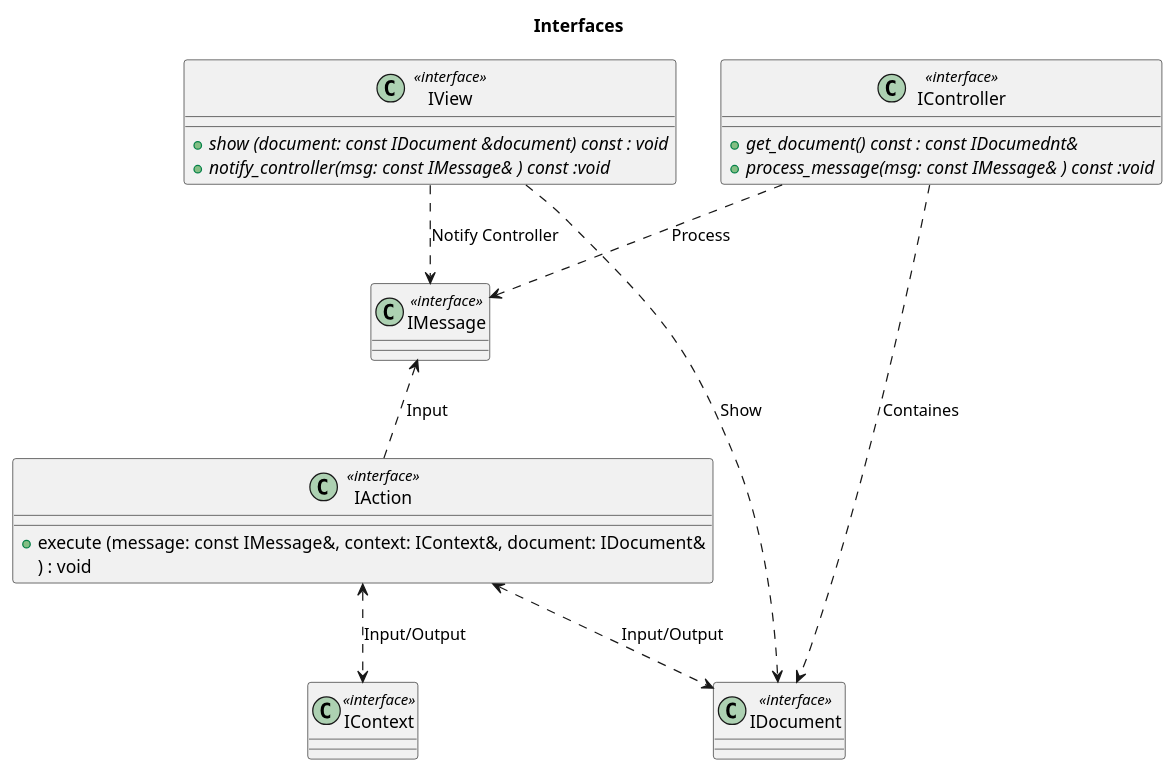
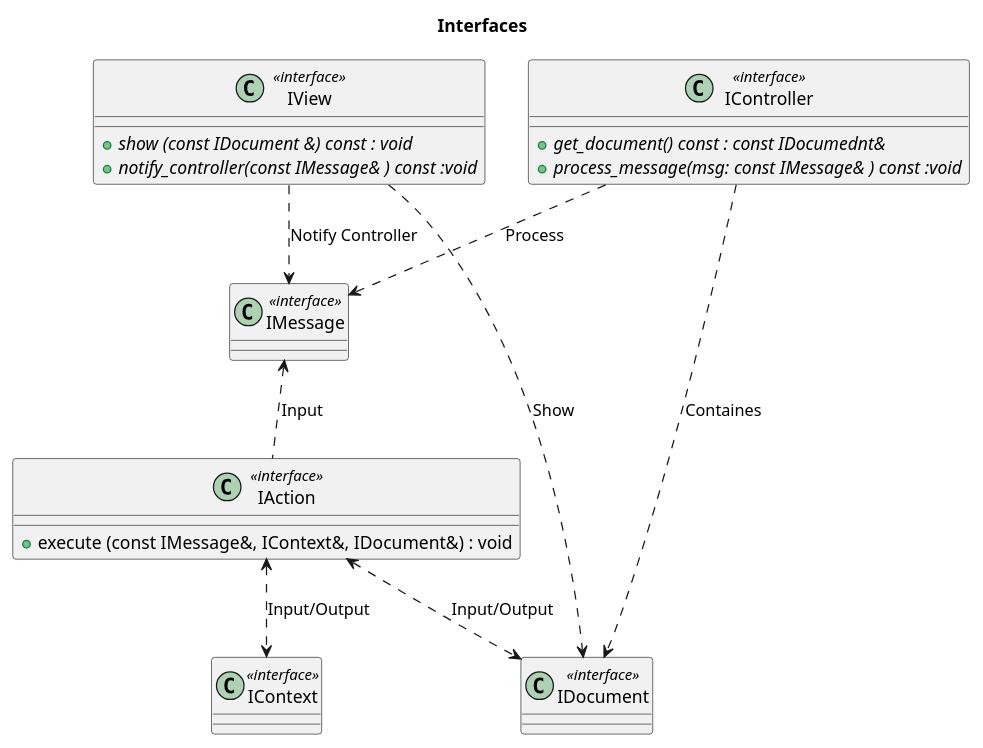
The diagram in Editor/plant_uml/interfaces.puml (CheskisVladimir/otus-2025), drawn with PlantUML before and after one commit. The commit also changed 3 other files, not shown here.

```diff
--- a/Editor/plant_uml/interfaces.puml
+++ b/Editor/plant_uml/interfaces.puml
@@ -1,33 +1,32 @@
 @startuml
 title Interfaces
 class IController <<interface>> {
   + {abstract} get_document() const : const IDocumednt&
   + {abstract} process_message(msg: const IMessage& ) const :void 
  }
 
 class IView<<interface>>{
-  + {abstract} show (document: const IDocument &document) const : void
-  + {abstract} notify_сontroller(msg: const IMessage& ) const :void 
+  + {abstract} show (const IDocument &) const : void
+  + {abstract} notify_сontroller(const IMessage& ) const :void 
 }
 class IDocument <<interface>>{}
 class IMessage<<interface>>{} 
 class IContext <<interface>>{}
 
 class IAction<<interface>>
 {
-      + execute (message: const IMessage&, context: IContext&, document: IDocument&
-  ) : void
+   + execute (const IMessage&, IContext&, IDocument&) : void
 } 
 
 
 IMessage <.. IAction : Input
 IAction <..> IContext : Input/Output
 IAction <..> IDocument : Input/Output
 
 IView ..> IMessage : Notify Controller
 IView ..> IDocument : Show
 IController ..> IMessage : Process
 IController ..> IDocument : Containes
 
 
 @enduml
```
